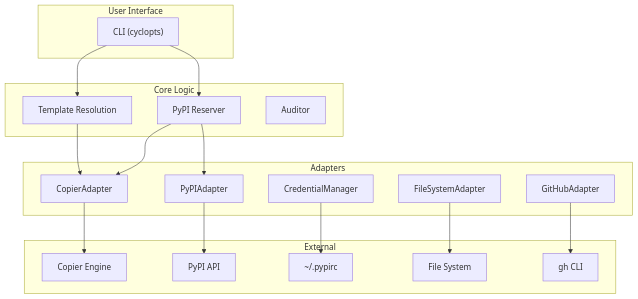
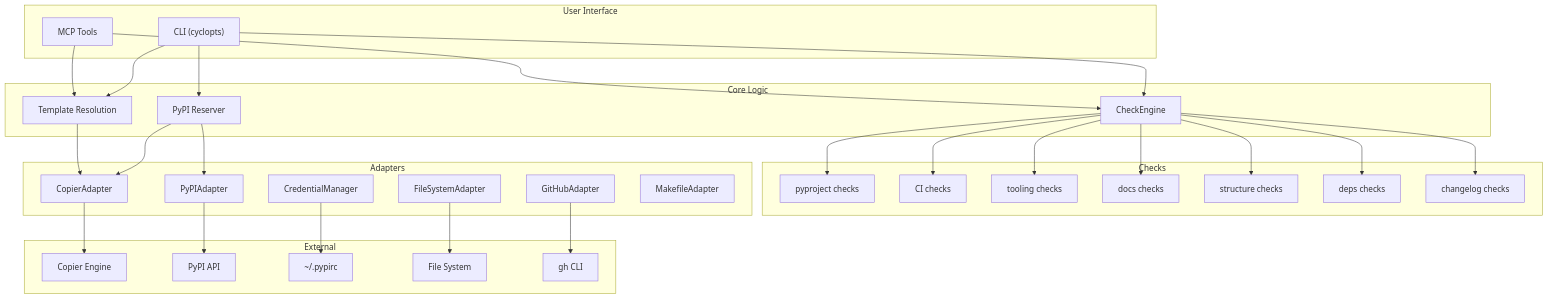
One commit to axm-protocols/axm-init changed the diagram in docs/explanation/architecture.md. Above: the diagram before and after it, drawn with Mermaid. The commit also changed other lines of this file and 5 other files, not shown here.

First line of the commit message:
docs: update architecture, add --agent docs, and MCP how-to

````diff
--- a/docs/explanation/architecture.md
+++ b/docs/explanation/architecture.md
@@ -7,39 +7,61 @@
 ```mermaid
 graph TD
     subgraph "User Interface"
         CLI["CLI (cyclopts)"]
+        MCP["MCP Tools"]
     end
 
     subgraph "Core Logic"
+        CheckEngine["CheckEngine"]
         Templates["Template Resolution"]
         Reserver["PyPI Reserver"]
-        Auditor["Auditor"]
+    end
+
+    subgraph "Checks"
+        PyprojectChecks["pyproject checks"]
+        CIChecks["CI checks"]
+        ToolingChecks["tooling checks"]
+        DocsChecks["docs checks"]
+        StructureChecks["structure checks"]
+        DepsChecks["deps checks"]
+        ChangelogChecks["changelog checks"]
     end
 
     subgraph "Adapters"
         Copier["CopierAdapter"]
         PyPI["PyPIAdapter"]
         Creds["CredentialManager"]
         FS["FileSystemAdapter"]
         GH["GitHubAdapter"]
+        Makefile["MakefileAdapter"]
     end
 
     subgraph "External"
         CopierEngine["Copier Engine"]
         PyPIAPI["PyPI API"]
         PyPIRC["~/.pypirc"]
         Disk["File System"]
         GHCLI["gh CLI"]
     end
 
+    CLI --> CheckEngine
     CLI --> Templates
     CLI --> Reserver
+    MCP --> CheckEngine
+    MCP --> Templates
+    CheckEngine --> PyprojectChecks
+    CheckEngine --> CIChecks
+    CheckEngine --> ToolingChecks
+    CheckEngine --> DocsChecks
+    CheckEngine --> StructureChecks
+    CheckEngine --> DepsChecks
+    CheckEngine --> ChangelogChecks
     Reserver --> PyPI
     Reserver --> Copier
     Templates --> Copier
     Copier --> CopierEngine
     PyPI --> PyPIAPI
     Creds --> PyPIRC
     FS --> Disk
     GH --> GHCLI
 ```
````
